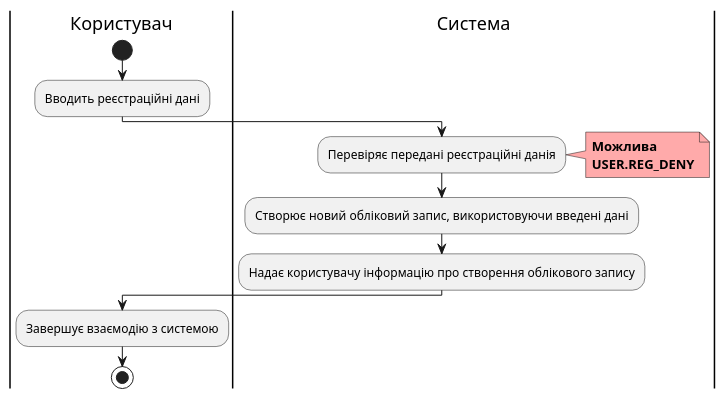
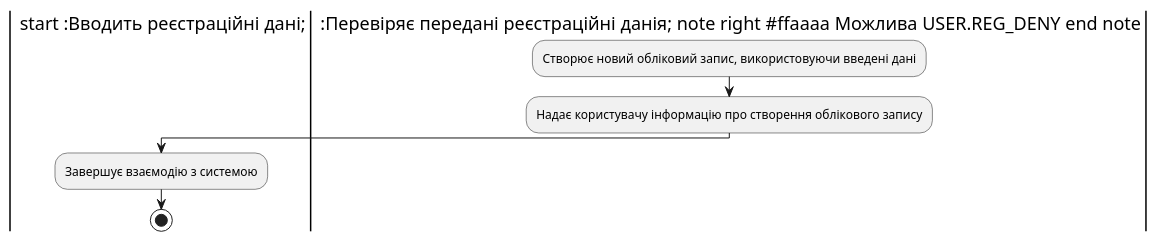
One commit to boldak/edu-db-cw changed the third of 12 diagrams in docs/use cases/README.md. Above: the diagram before and after it, drawn with PlantUML. The commit also changed other lines of this file, not shown here.

```diff
--- a/docs/use cases/README.md
+++ b/docs/use cases/README.md
@@ -80,25 +59,16 @@
 @startuml
 
+|Користувач| start :Вводить реєстраційні дані;
+
+|Система| :Перевіряє передані реєстраційні данія; note right #ffaaaa Можлива USER.REG_DENY end note
+
+:Cтворює новий обліковий запис, використовуючи введені дані;
+
+:Надає користувачу інформацію про створення облікового запису;
+
 |Користувач|
-    start
-    :Вводить реєстраційні дані;
+:Завершує взаємодію з системою;
 
+stop;
 
-
-|Система|
-    :Перевіряє передані реєстраційні данія;
-note right #ffaaaa
-    <b>Можлива</b>
-    <b>USER.REG_DENY</b>
-    end note
-
-
-
-    :Cтворює новий обліковий запис, використовуючи введені дані;
-
-    :Надає користувачу інформацію про створення облікового запису;
-|Користувач|           
-    :Завершує взаємодію з системою;
-
-    stop;
 @enduml
```
